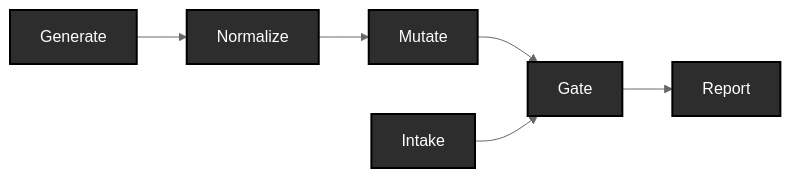
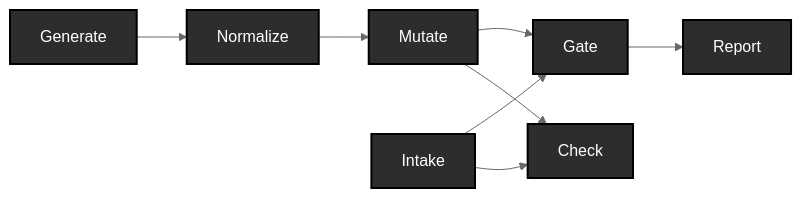
One commit to pragsmike/ehr-testing-tools changed the diagram in README.md. Above: the diagram before and after it, drawn with Mermaid (neutral theme). The commit also changed other lines of this file and 3 other files, not shown here.

````diff
--- a/README.md
+++ b/README.md
@@ -52,11 +57,14 @@
 ```mermaid
 flowchart LR
     Generate --> Normalize --> Mutate --> Gate --> Report
     Intake --> Gate
+    Intake --> Check
+    Mutate --> Check
     style Generate fill:#2d2d2d,stroke:#000,color:#fff,stroke-width:2px
     style Normalize fill:#2d2d2d,stroke:#000,color:#fff,stroke-width:2px
     style Mutate fill:#2d2d2d,stroke:#000,color:#fff,stroke-width:2px
     style Intake fill:#2d2d2d,stroke:#000,color:#fff,stroke-width:2px
     style Gate fill:#2d2d2d,stroke:#000,color:#fff,stroke-width:2px
+    style Check fill:#2d2d2d,stroke:#000,color:#fff,stroke-width:2px
     style Report fill:#2d2d2d,stroke:#000,color:#fff,stroke-width:2px
 ```
````
